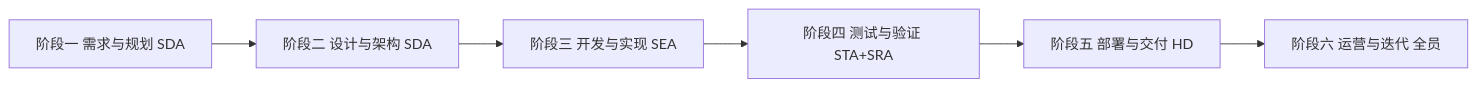
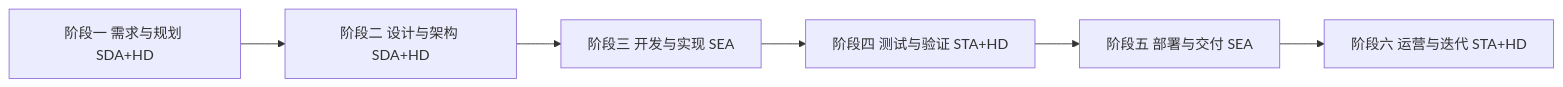
One commit to winyeahs/opd changed the fourth of 6 diagrams in README.md. Above: the diagram before and after it, drawn with Mermaid. The commit also changed other lines of this file and 38 other files, not shown here.

````diff
--- a/README.md
+++ b/README.md
@@ -122,11 +121,11 @@
 ```mermaid
 graph LR
-    P1[阶段一 需求与规划 SDA]
-    P2[阶段二 设计与架构 SDA]
+    P1[阶段一 需求与规划 SDA+HD]
+    P2[阶段二 设计与架构 SDA+HD]
     P3[阶段三 开发与实现 SEA]
-    P4[阶段四 测试与验证 STA+SRA]
-    P5[阶段五 部署与交付 HD]
-    P6[阶段六 运营与迭代 全员]
+    P4[阶段四 测试与验证 STA+HD]
+    P5[阶段五 部署与交付 SEA]
+    P6[阶段六 运营与迭代 STA+HD]
     
     P1 --> P2 --> P3 --> P4 --> P5 --> P6
 ```
````
